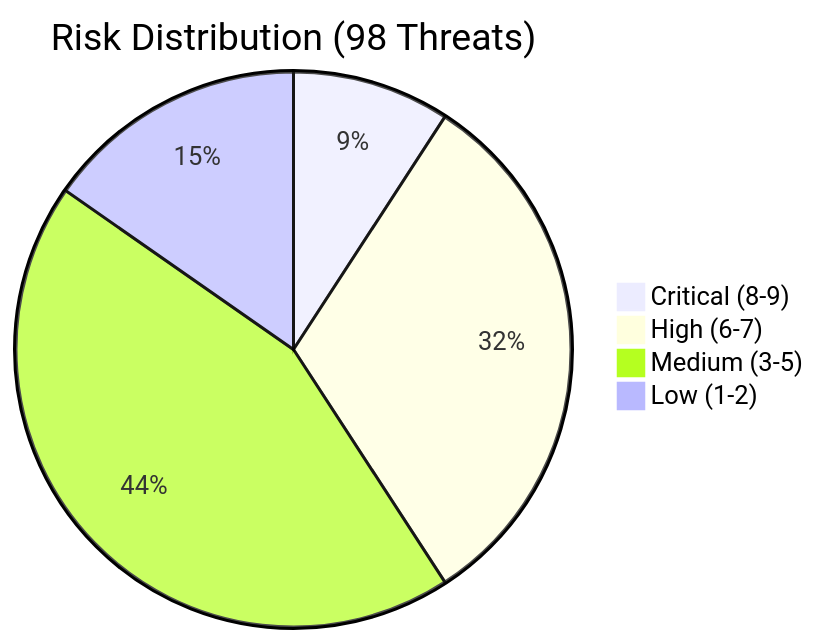
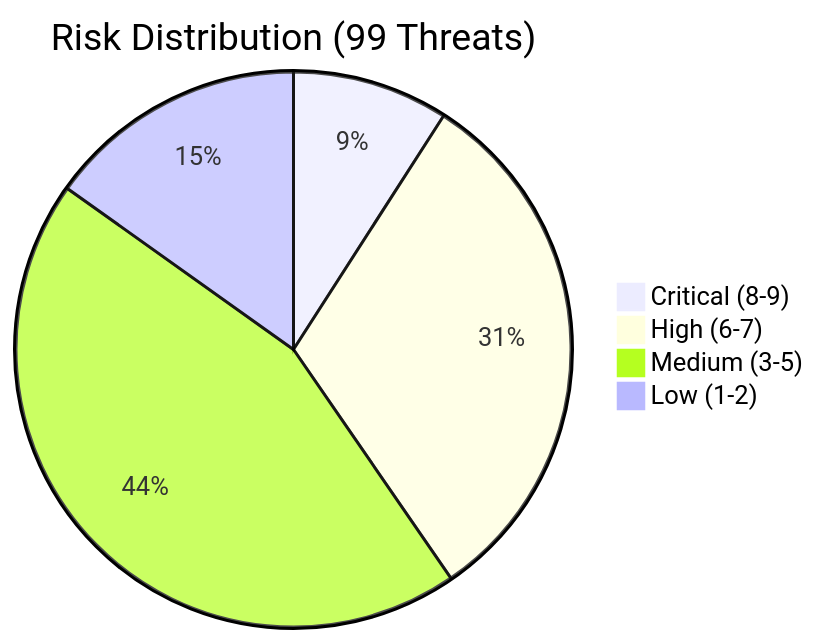
The diagram in security/threat-modeling/risk-assessment/risk-matrix.md (aws-solutions-library-samples/accelerated-intelligent-document-processing-on-aws), drawn with Mermaid before and after one commit. The commit also changed other lines of this file and 18 other files, not shown here.

````diff
--- a/security/threat-modeling/risk-assessment/risk-matrix.md
+++ b/security/threat-modeling/risk-assessment/risk-matrix.md
@@ -172,7 +173,7 @@
 ```mermaid
-pie title Risk Distribution (98 Threats)
+pie title Risk Distribution (99 Threats)
     "Critical (8-9)" : 9
     "High (6-7)" : 31
-    "Medium (3-5)" : 43
+    "Medium (3-5)" : 44
     "Low (1-2)" : 15
 ```
````
